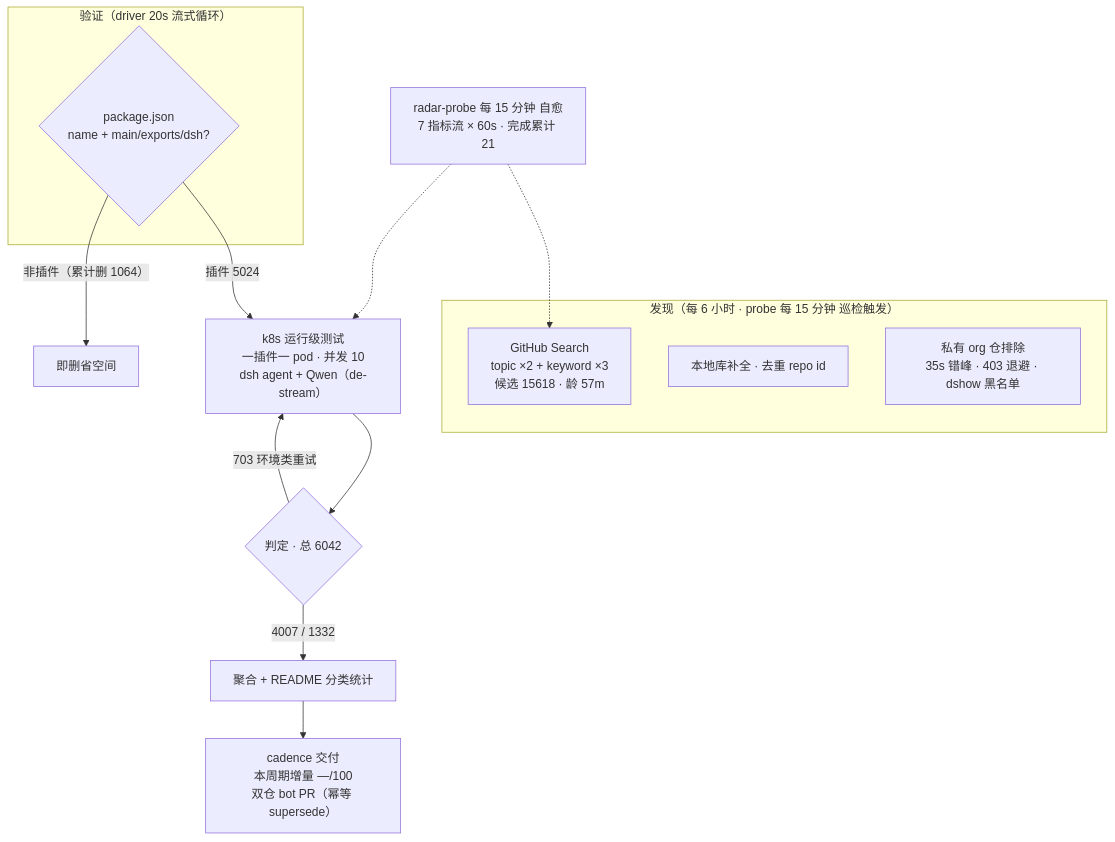
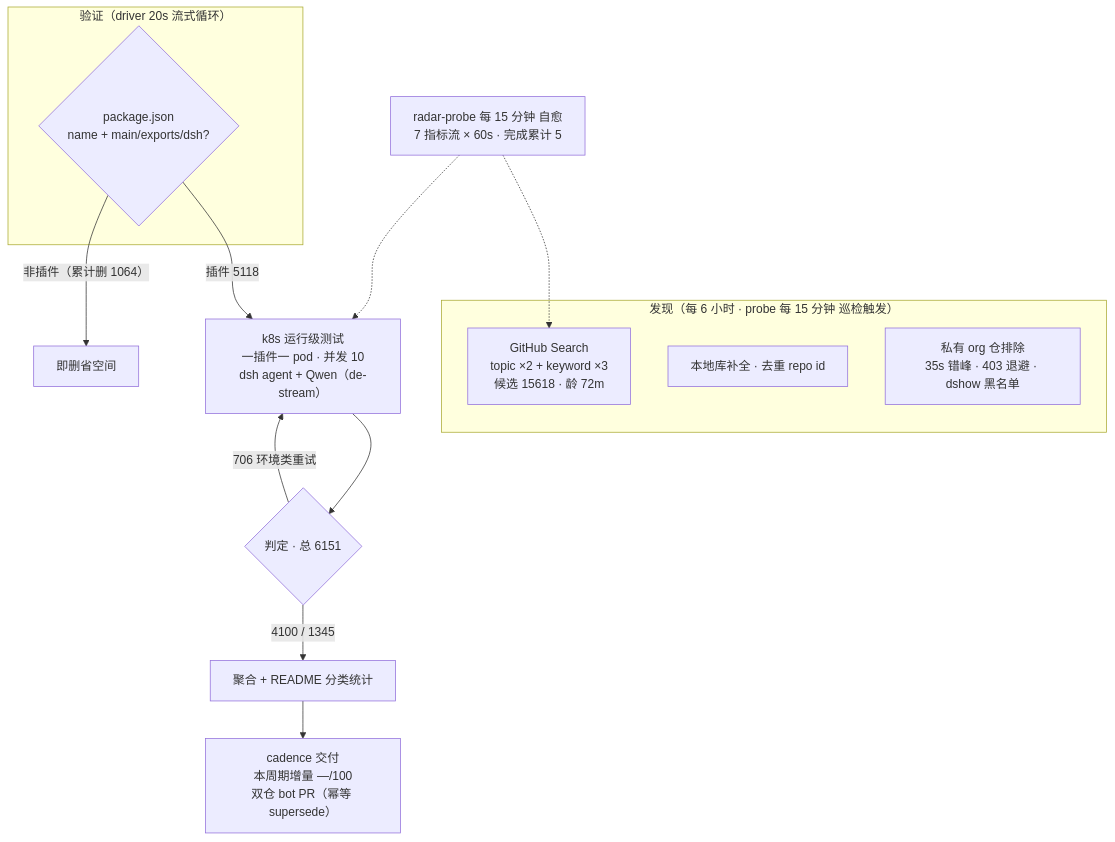
The diagram in README.md (Zhidao-Lab-OSS/awesome-dsh-plugins), drawn with Mermaid before and after one commit. The commit also changed other lines of this file and 1 other file, not shown here.

````diff
--- a/README.md
+++ b/README.md
@@ -37,20 +37,20 @@
 ```mermaid
 flowchart TB
     subgraph Discovery["发现（每 6 小时 · probe 每 15 分钟 巡检触发）"]
-        A1["GitHub Search<br/>topic ×2 + keyword ×3<br/>候选 15618 · 龄 57m"]
+        A1["GitHub Search<br/>topic ×2 + keyword ×3<br/>候选 15618 · 龄 72m"]
         A2["本地库补全 · 去重 repo id"]
         A3["私有 org 仓排除<br/>35s 错峰 · 403 退避 · dshow 黑名单"]
     end
     subgraph Validation["验证（driver 20s 流式循环）"]
         B1{"package.json<br/>name + main/exports/dsh?"}
     end
-    B1 -->|"插件 5024"| C1["k8s 运行级测试<br/>一插件一 pod · 并发 10<br/>dsh agent + Qwen（de-stream）"]
+    B1 -->|"插件 5118"| C1["k8s 运行级测试<br/>一插件一 pod · 并发 10<br/>dsh agent + Qwen（de-stream）"]
     B1 -->|"非插件（累计删 1064）"| B3["即删省空间"]
-    C1 --> D1{"判定 · 总 6042"}
-    D1 -->|"4007 / 1332"| E1["聚合 + README 分类统计"]
-    D1 -->|"703 环境类重试"| C1
+    C1 --> D1{"判定 · 总 6151"}
+    D1 -->|"4100 / 1345"| E1["聚合 + README 分类统计"]
+    D1 -->|"706 环境类重试"| C1
     E1 --> E2["cadence 交付<br/>本周期增量 —/100<br/>双仓 bot PR（幂等 supersede）"]
-    M["radar-probe 每 15 分钟 自愈<br/>7 指标流 × 60s · 完成累计 21"]
+    M["radar-probe 每 15 分钟 自愈<br/>7 指标流 × 60s · 完成累计 5"]
     M -.-> A1
     M -.-> C1
 ```
````
